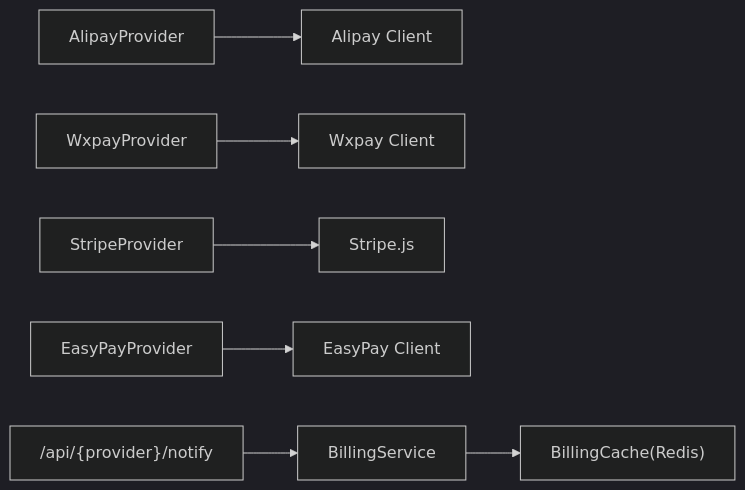
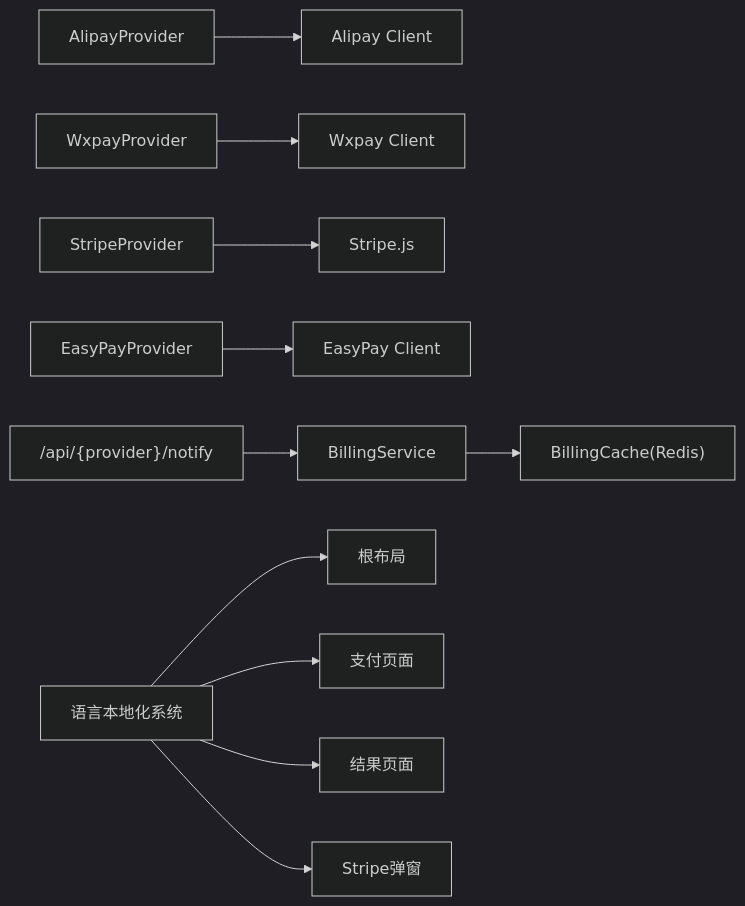
Before and after one commit to ai-poet/sub2api: the third of 3 diagrams in .qoder/repowiki/zh/content/项目概述/核心功能/支付系统.md, drawn with Mermaid (dark theme). The commit also changed other lines of this file and 30 other files, not shown here.

````diff
--- a/.qoder/repowiki/zh/content/项目概述/核心功能/支付系统.md
+++ b/.qoder/repowiki/zh/content/项目概述/核心功能/支付系统.md
@@ -212,9 +252,13 @@
 ```mermaid
 graph LR
 Alipay["AlipayProvider"] --> AlipayClient["Alipay Client"]
 Wxpay["WxpayProvider"] --> WxpayClient["Wxpay Client"]
 Stripe["StripeProvider"] --> StripeJS["Stripe.js"]
 Easy["EasyPayProvider"] --> EasyClient["EasyPay Client"]
 Notify["/api/{provider}/notify"] --> Billing["BillingService"]
 Billing --> Cache["BillingCache(Redis)"]
+Locale["语言本地化系统"] --> Layout["根布局"]
+Locale --> PayPage["支付页面"]
+Locale --> ResultPage["结果页面"]
+Locale --> StripePopup["Stripe弹窗"]
 ```
````
